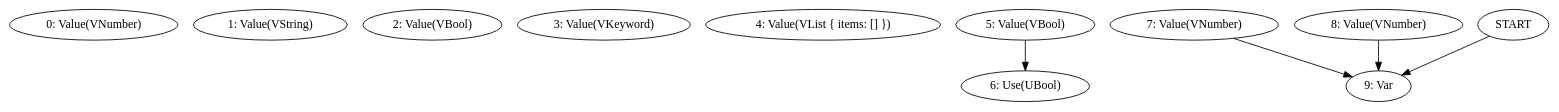
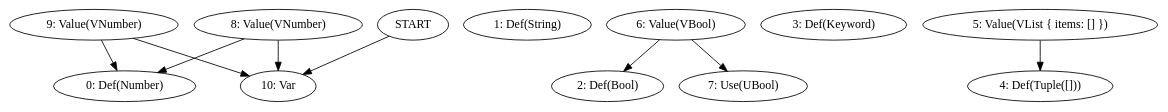
Before and after one commit to frondeus/project-s: the first of 2 diagrams in docs/log/2025-06-16.md, drawn with Graphviz. The commit also changed other lines of this file and 52 other files, not shown here.

````diff
--- a/docs/log/2025-06-16.md
+++ b/docs/log/2025-06-16.md
@@ -16,19 +16,24 @@
 ```graphviz
 digraph G {
-N0 [label="0: Value(VNumber)"];
-N1 [label="1: Value(VString)"];
-N2 [label="2: Value(VBool)"];
-N3 [label="3: Value(VKeyword)"];
-N4 [label="4: Value(VList { items: [] })"];
-N5 [label="5: Value(VBool)"];
-N6 [label="6: Use(UBool)"];
-N7 [label="7: Value(VNumber)"];
+N0 [label="0: Def(Number)"];
+N1 [label="1: Def(String)"];
+N2 [label="2: Def(Bool)"];
+N3 [label="3: Def(Keyword)"];
+N4 [label="4: Def(Tuple([]))"];
+N5 [label="5: Value(VList { items: [] })"];
+N6 [label="6: Value(VBool)"];
+N7 [label="7: Use(UBool)"];
 N8 [label="8: Value(VNumber)"];
-N9 [label="9: Var"];
-START -> N9
-N5 -> N6;
-N7 -> N9;
-N8 -> N9;
+N9 [label="9: Value(VNumber)"];
+N10 [label="10: Var"];
+START -> N10
+N5 -> N4;
+N6 -> N2;
+N6 -> N7;
+N8 -> N0;
+N8 -> N10;
+N9 -> N0;
+N9 -> N10;
 }
 
 ```
````
